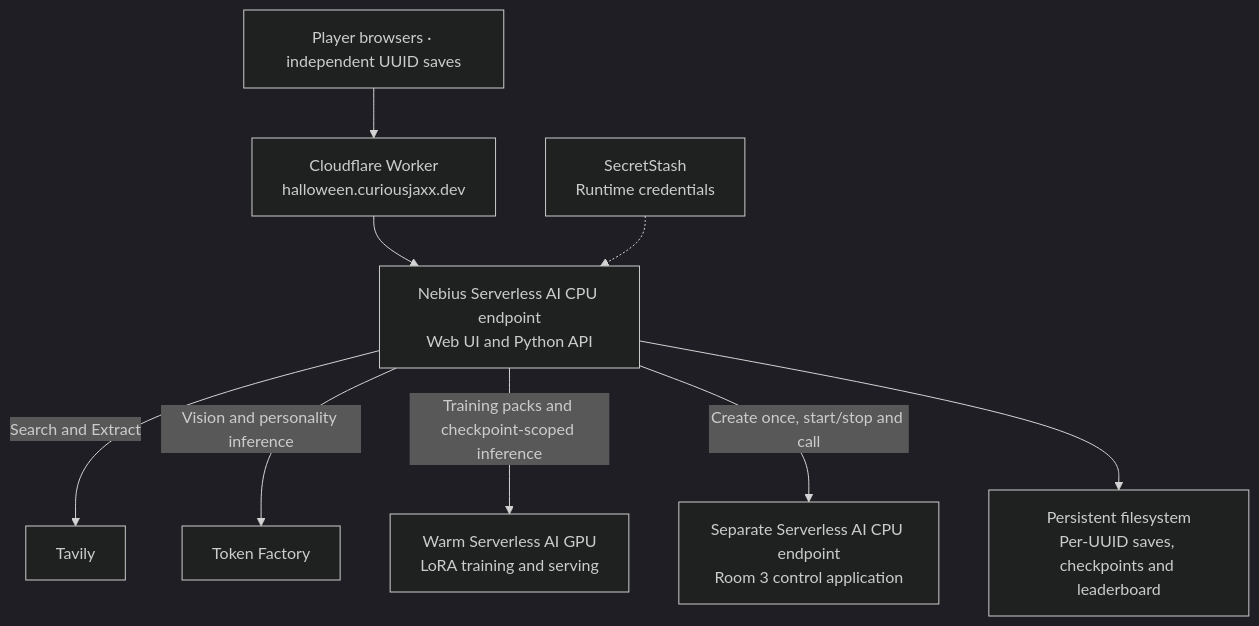
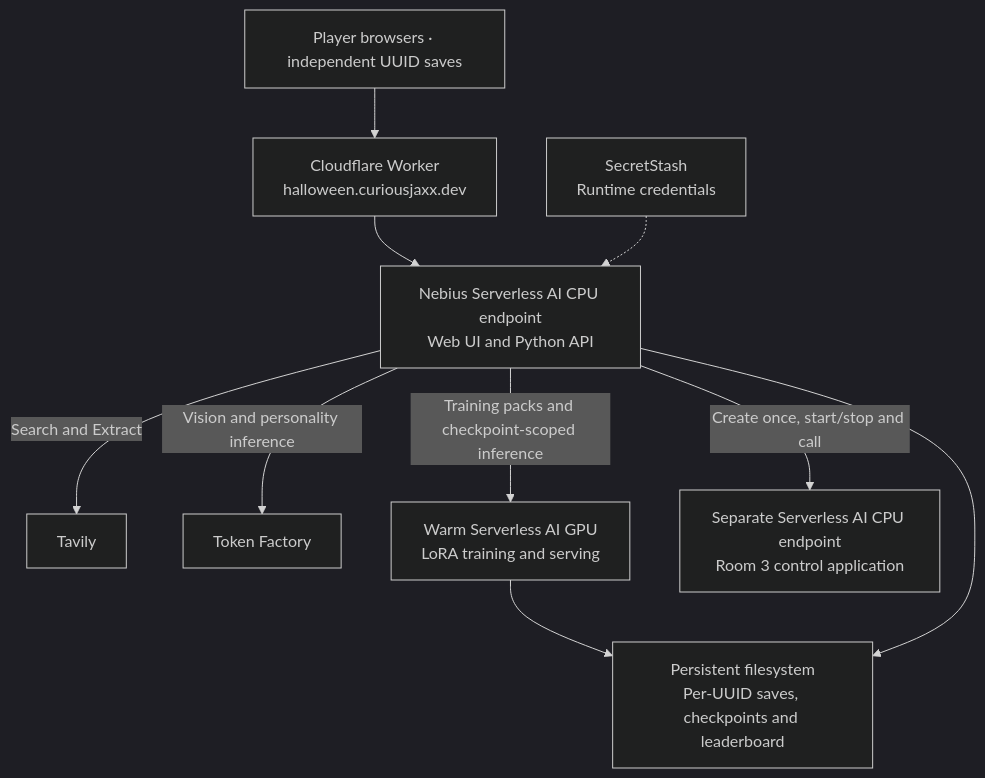
The diagram in README.md (gogococo/haunted-datacenter), drawn with Mermaid (dark theme) before and after one commit. The commit also changed 2 other files, not shown here.

Commit message:
Point Halloween domain at the caretaker rescue release

````diff
--- a/README.md
+++ b/README.md
@@ -39,11 +39,12 @@
 ```mermaid
 flowchart TD
     Browser[Player browsers · independent UUID saves] --> Edge[Cloudflare Worker<br/>halloween.curiousjaxx.dev]
     Edge --> Game[Nebius Serverless AI CPU endpoint<br/>Web UI and Python API]
     Game -->|Search and Extract| Tavily[Tavily]
     Game -->|Vision and personality inference| TF[Token Factory]
     Game -->|Training packs and checkpoint-scoped inference| GPU[Warm Serverless AI GPU<br/>LoRA training and serving]
     Game -->|Create once, start/stop and call| Cooling[Separate Serverless AI CPU endpoint<br/>Room 3 control application]
+    GPU --> Storage
     Game --> Storage[Persistent filesystem<br/>Per-UUID saves, checkpoints and leaderboard]
     Secrets[SecretStash<br/>Runtime credentials] -.-> Game
 ```
````
